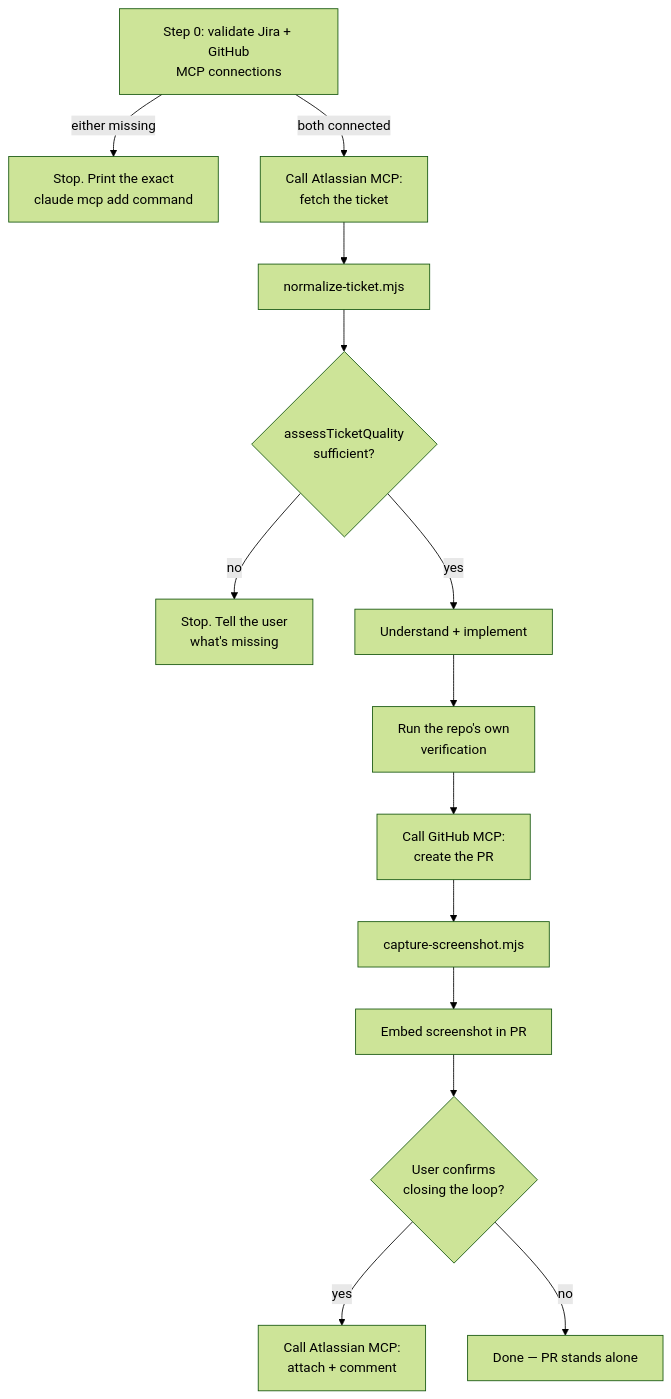
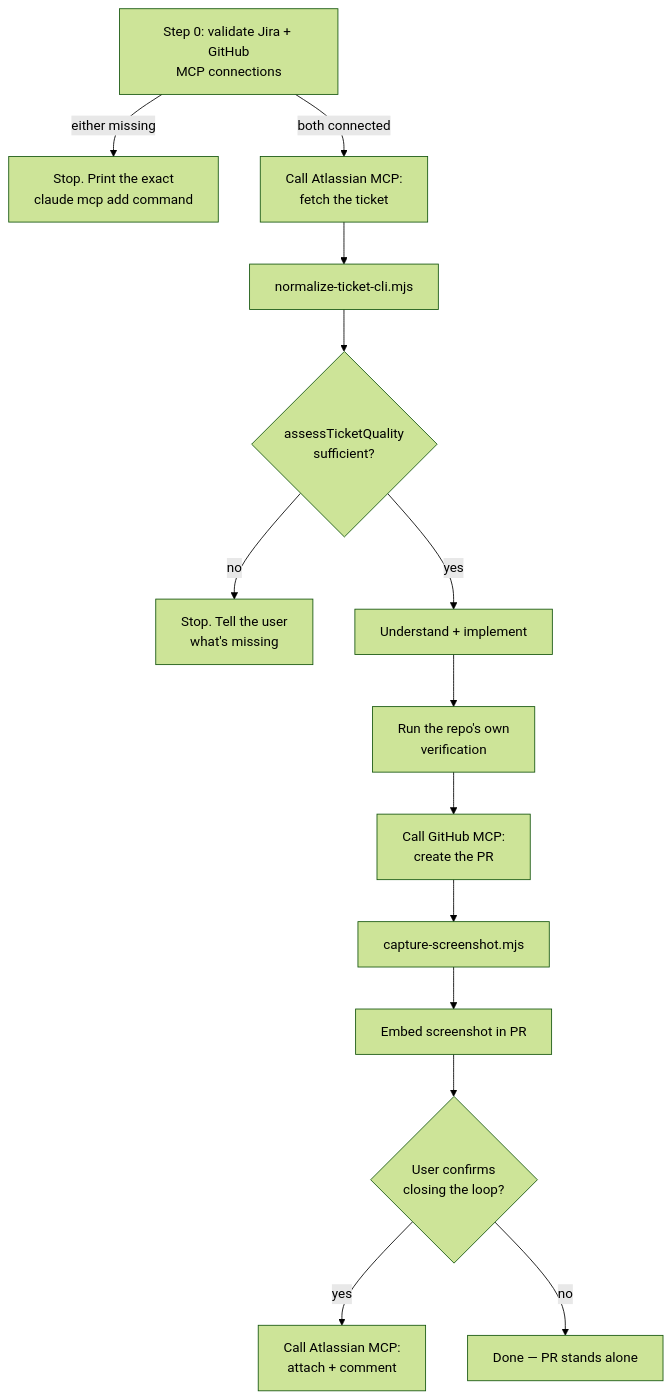
The diagram in README.md (juan-rome/jira-to-pr-workflow-mcp), drawn with Mermaid (forest theme) before and after one commit. The commit also changed other lines of this file and 5 other files, not shown here.

````diff
--- a/README.md
+++ b/README.md
@@ -39,16 +40,16 @@
 ```mermaid
 flowchart TD
     A[Step 0: validate Jira + GitHub\nMCP connections] -->|either missing| Z[Stop. Print the exact\nclaude mcp add command]
     A -->|both connected| B[Call Atlassian MCP:\nfetch the ticket]
-    B --> C[normalize-ticket.mjs]
+    B --> C[normalize-ticket-cli.mjs]
     C --> D{assessTicketQuality\nsufficient?}
     D -- no --> E[Stop. Tell the user\nwhat's missing]
     D -- yes --> F[Understand + implement]
     F --> G[Run the repo's own\nverification]
     G --> H[Call GitHub MCP:\ncreate the PR]
     H --> I[capture-screenshot.mjs]
     I --> J[Embed screenshot in PR]
     J --> K{User confirms\nclosing the loop?}
     K -- yes --> L[Call Atlassian MCP:\nattach + comment]
     K -- no --> M[Done — PR stands alone]
 ```
````
